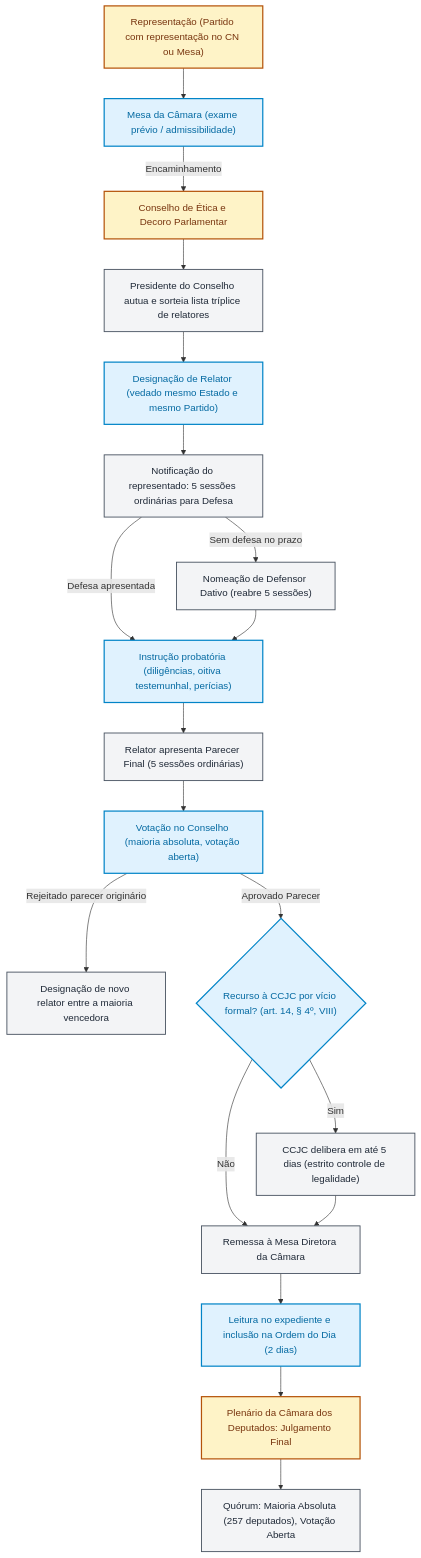
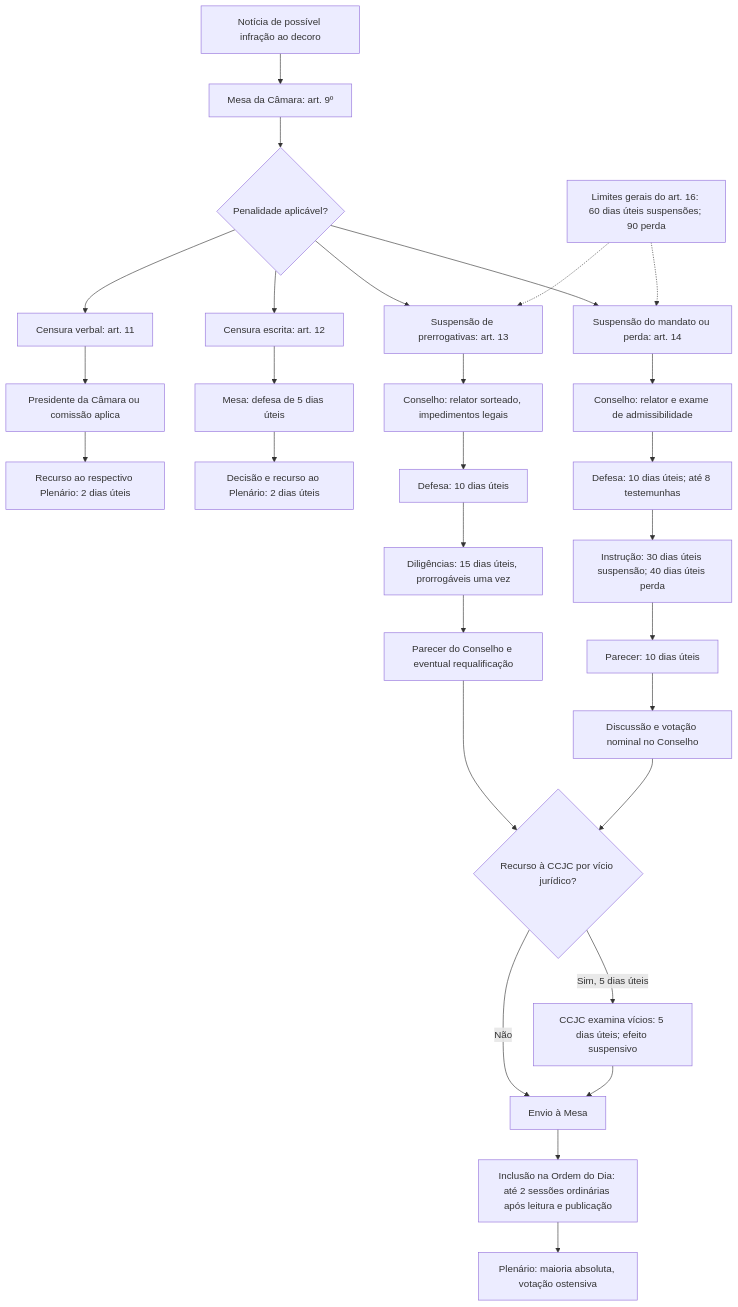
One commit to leorruas/concursos changed the diagram in 3 - Materias/Direito Constitucional/34 - codigo de etica e decoro parlamentar da camara.md. Above: the diagram before and after it, drawn with Mermaid. The commit also changed other lines of this file, not shown here.

Commit message:
Reconstrói fluxograma de ritos e corrige prazos do DC34

````diff
--- a/3 - Materias/Direito Constitucional/34 - codigo de etica e decoro parlamentar da camara.md
+++ b/3 - Materias/Direito Constitucional/34 - codigo de etica e decoro parlamentar da camara.md
@@ -133,28 +133,31 @@
 ```mermaid
 flowchart TD
-    A["Representação (Partido com representação no CN ou Mesa)"] --> B["Mesa da Câmara (exame prévio / admissibilidade)"]
-    B -->|Encaminhamento| C["Conselho de Ética e Decoro Parlamentar"]
-    C --> D["Presidente do Conselho autua e sorteia lista tríplice de relatores"]
-    D --> E["Designação de Relator (vedado mesmo Estado e mesmo Partido)"]
-    E --> F["Notificação do representado: 5 sessões ordinárias para Defesa"]
-    F -->|Sem defesa no prazo| G["Nomeação de Defensor Dativo (reabre 5 sessões)"]
-    F -->|Defesa apresentada| H["Instrução probatória (diligências, oitiva testemunhal, perícias)"]
-    G --> H
-    H --> I["Relator apresenta Parecer Final (5 sessões ordinárias)"]
-    I --> J["Votação no Conselho (maioria absoluta, votação aberta)"]
-    J -->|Rejeitado parecer originário| K["Designação de novo relator entre a maioria vencedora"]
-    J -->|Aprovado Parecer| L{"Recurso à CCJC por vício formal? (art. 14, § 4º, VIII)"}
-    L -->|Sim| M["CCJC delibera em até 5 dias (estrito controle de legalidade)"]
-    L -->|Não| N["Remessa à Mesa Diretora da Câmara"]
-    M --> N
-    N --> O["Leitura no expediente e inclusão na Ordem do Dia (2 dias)"]
-    O --> P["Plenário da Câmara dos Deputados: Julgamento Final"]
-    P --> Q["Quórum: Maioria Absoluta (257 deputados), Votação Aberta"]
-
-    classDef raiz fill:#fef3c7,stroke:#b45309,stroke-width:2px,color:#78350f;
-    classDef criterio fill:#e0f2fe,stroke:#0284c7,stroke-width:2px,color:#0369a1;
-    classDef opcao fill:#f3f4f6,stroke:#4b5563,stroke-width:1.5px,color:#1f2937;
-    class A,C,P raiz;
-    class B,E,H,J,L,O criterio;
-    class D,F,G,I,K,M,N,Q opcao;
+ A["Notícia de possível infração ao decoro"] --> B["Mesa da Câmara: art. 9º"]
+ B --> C{"Penalidade aplicável?"}
+ C --> V["Censura verbal: art. 11"]
+ V --> V1["Presidente da Câmara ou comissão aplica"]
+ V1 --> V2["Recurso ao respectivo Plenário: 2 dias úteis"]
+ C --> E["Censura escrita: art. 12"]
+ E --> E1["Mesa: defesa de 5 dias úteis"]
+ E1 --> E2["Decisão e recurso ao Plenário: 2 dias úteis"]
+ C --> R["Suspensão de prerrogativas: art. 13"]
+ R --> R1["Conselho: relator sorteado, impedimentos legais"]
+ R1 --> R2["Defesa: 10 dias úteis"]
+ R2 --> R3["Diligências: 15 dias úteis, prorrogáveis uma vez"]
+ R3 --> R4["Parecer do Conselho e eventual requalificação"]
+ C --> G["Suspensão do mandato ou perda: art. 14"]
+ G --> G1["Conselho: relator e exame de admissibilidade"]
+ G1 --> G2["Defesa: 10 dias úteis; até 8 testemunhas"]
+ G2 --> G3["Instrução: 30 dias úteis suspensão; 40 dias úteis perda"]
+ G3 --> G4["Parecer: 10 dias úteis"]
+ G4 --> G5["Discussão e votação nominal no Conselho"]
+ R4 --> X{"Recurso à CCJC por vício jurídico?"}
+ G5 --> X
+ X -->|Sim, 5 dias úteis| Y["CCJC examina vícios: 5 dias úteis; efeito suspensivo"]
+ X -->|Não| Z["Envio à Mesa"]
+ Y --> Z
+ Z --> P["Inclusão na Ordem do Dia: até 2 sessões ordinárias após leitura e publicação"]
+ P --> Q["Plenário: maioria absoluta, votação ostensiva"]
+ N["Limites gerais do art. 16: 60 dias úteis suspensões; 90 perda"] -.-> R
+ N -.-> G
 ```
````
